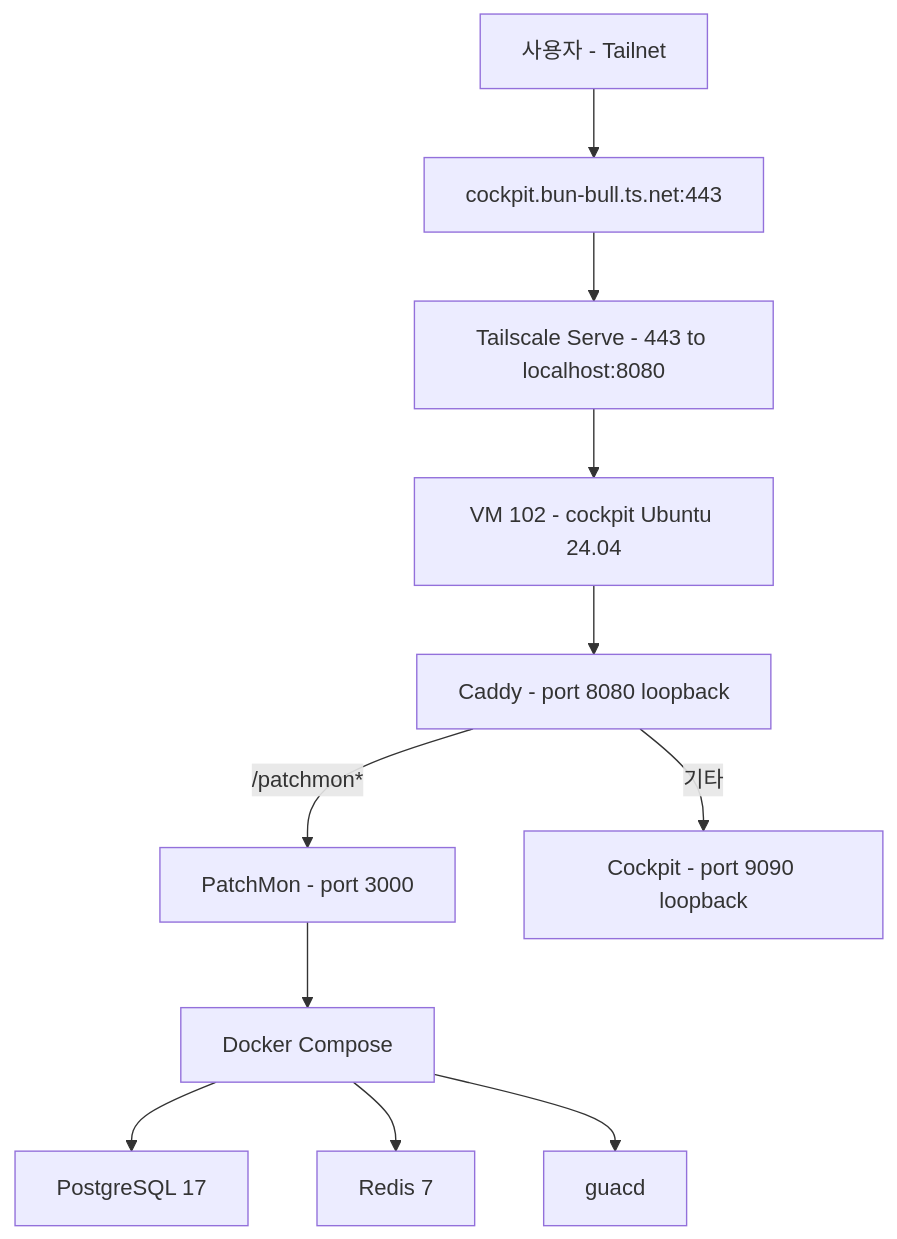
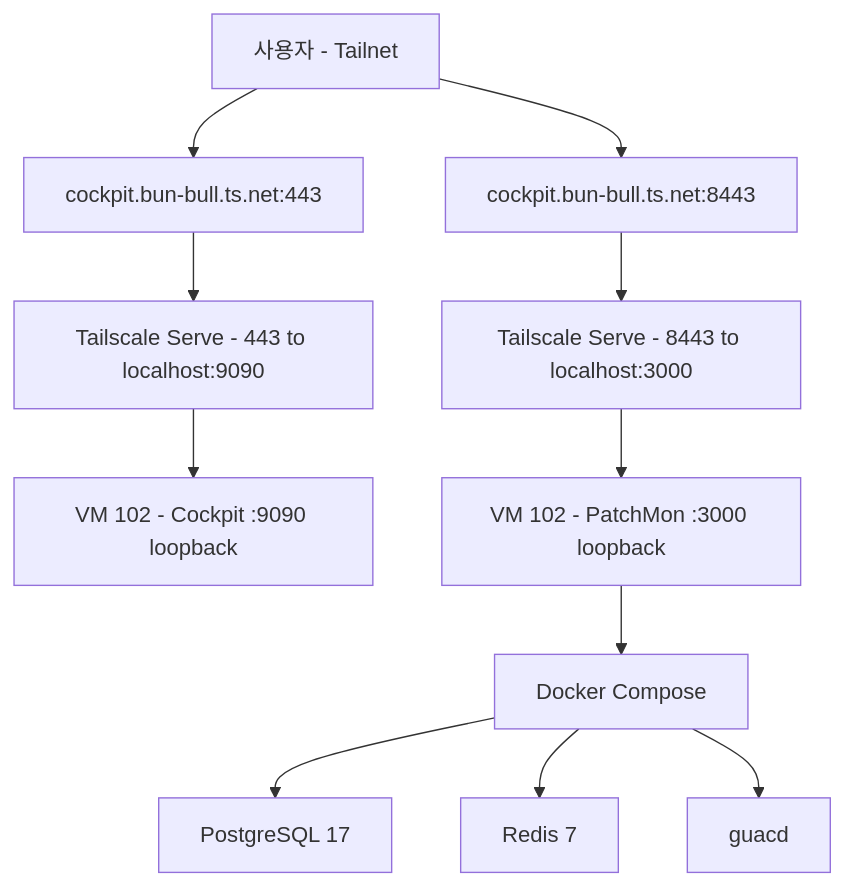
One commit to deuxksy/homelab changed the first of 2 diagrams in docs/superpowers/specs/2026-07-06-patchmon-design.md. Above: the diagram before and after it, drawn with Mermaid. The commit also changed other lines of this file, not shown here.

First line of the commit message:
docs(patchmon): Antigravity 검증 반영 - Caddy 폐기, Tailscale Serve 8443 단순화

````diff
--- a/docs/superpowers/specs/2026-07-06-patchmon-design.md
+++ b/docs/superpowers/specs/2026-07-06-patchmon-design.md
@@ -32,13 +45,13 @@
 ```mermaid
 graph TD
     A[사용자 - Tailnet] --> B[cockpit.bun-bull.ts.net:443]
-    B --> C[Tailscale Serve - 443 to localhost:8080]
-    C --> D[VM 102 - cockpit Ubuntu 24.04]
-    D --> E[Caddy - port 8080 loopback]
-    E -->|/patchmon*| F[PatchMon - port 3000]
-    E -->|기타| G[Cockpit - port 9090 loopback]
-    F --> H[Docker Compose]
+    A --> C[cockpit.bun-bull.ts.net:8443]
+    B --> D[Tailscale Serve - 443 to localhost:9090]
+    C --> E[Tailscale Serve - 8443 to localhost:3000]
+    D --> F[VM 102 - Cockpit :9090 loopback]
+    E --> G[VM 102 - PatchMon :3000 loopback]
+    G --> H[Docker Compose]
     H --> I[PostgreSQL 17]
     H --> J[Redis 7]
     H --> K[guacd]
 ```
````
